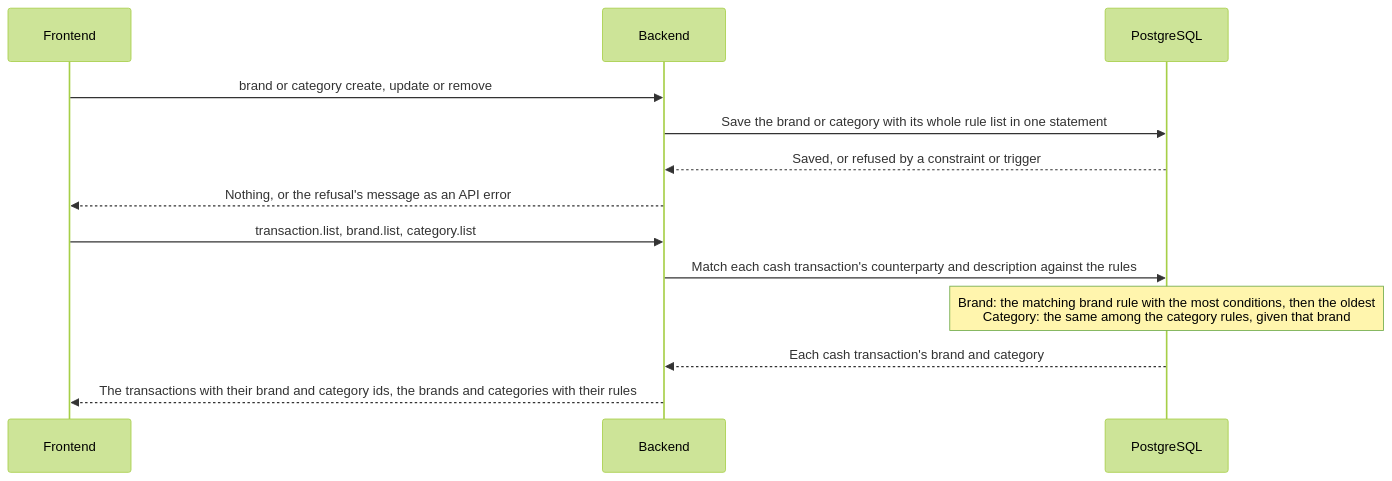
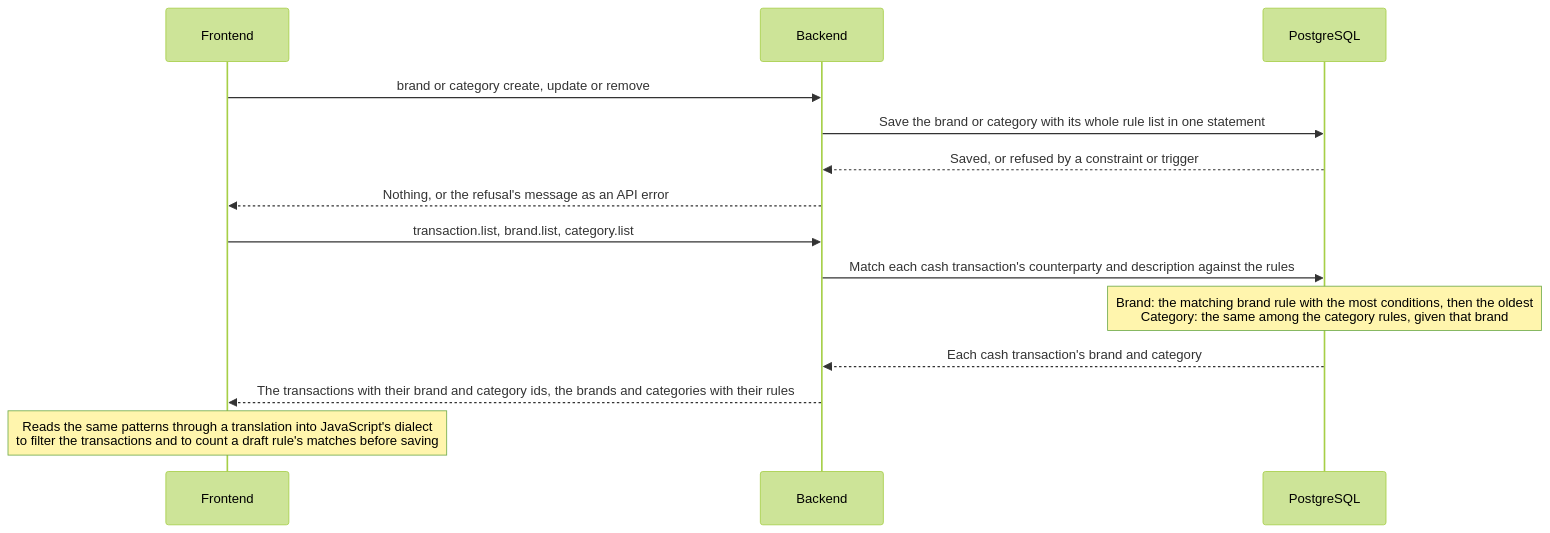
The diagram in docs/contract/rules.md (lennartmoeller/finance-tracker), drawn with Mermaid (forest theme) before and after one commit. The commit also changed 28 other files, not shown here.

Commit message:
feat: filter, sort and sum the Transactions view by a pattern per column (#56)

````diff
--- a/docs/contract/rules.md
+++ b/docs/contract/rules.md
@@ -3,15 +3,16 @@
 ```mermaid
 sequenceDiagram
   participant FE as Frontend
   participant BE as Backend
   participant DB as PostgreSQL
   FE->>BE: brand or category create, update or remove
   BE->>DB: Save the brand or category with its whole rule list in one statement
   DB-->>BE: Saved, or refused by a constraint or trigger
   BE-->>FE: Nothing, or the refusal's message as an API error
   FE->>BE: transaction.list, brand.list, category.list
   BE->>DB: Match each cash transaction's counterparty and description against the rules
   Note over DB: Brand: the matching brand rule with the most conditions, then the oldest<br/>Category: the same among the category rules, given that brand
   DB-->>BE: Each cash transaction's brand and category
   BE-->>FE: The transactions with their brand and category ids, the brands and categories with their rules
+  Note over FE: Reads the same patterns through a translation into JavaScript's dialect<br/>to filter the transactions and to count a draft rule's matches before saving
 ```
````
